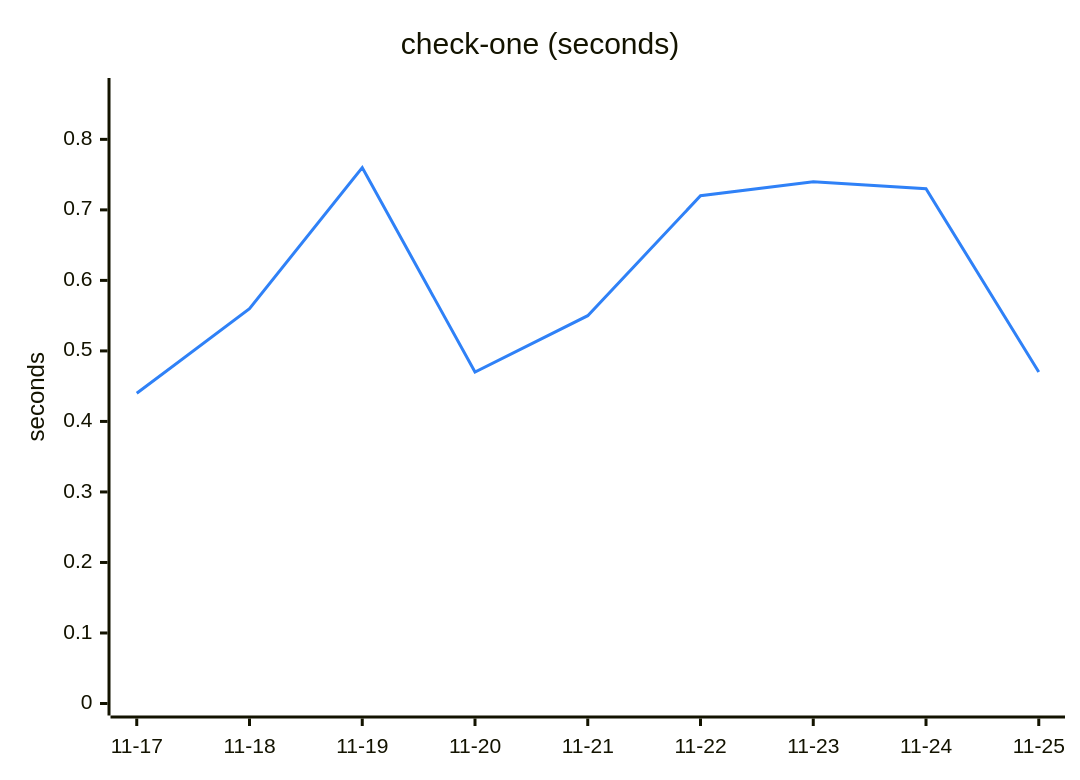
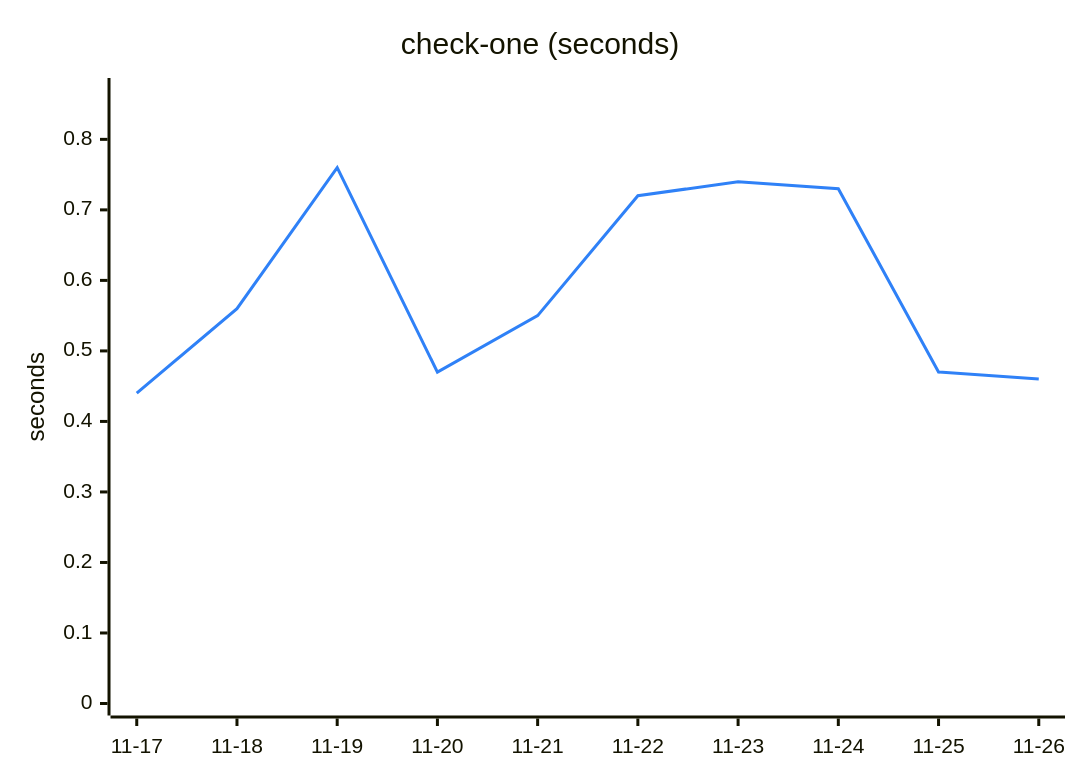
Before and after one commit to Ricovl/mxcli: the fourth of 6 diagrams in TREND.md, drawn with Mermaid. The commit also changed other lines of this file and 2 other files, not shown here.

````diff
--- a/TREND.md
+++ b/TREND.md
@@ -97,13 +97,13 @@
 ```mermaid
 ---
 config:
   themeVariables:
     xyChart:
       plotColorPalette: "#2f81f7"
 ---
 xychart-beta
     title "check-one (seconds)"
-    x-axis ["11-17", "11-18", "11-19", "11-20", "11-21", "11-22", "11-23", "11-24", "11-25"]
+    x-axis ["11-17", "11-18", "11-19", "11-20", "11-21", "11-22", "11-23", "11-24", "11-25", "11-26"]
     y-axis "seconds" 0 --> 0.87
-    line [0.44, 0.56, 0.76, 0.47, 0.55, 0.72, 0.74, 0.73, 0.47]
+    line [0.44, 0.56, 0.76, 0.47, 0.55, 0.72, 0.74, 0.73, 0.47, 0.46]
 ```
````
